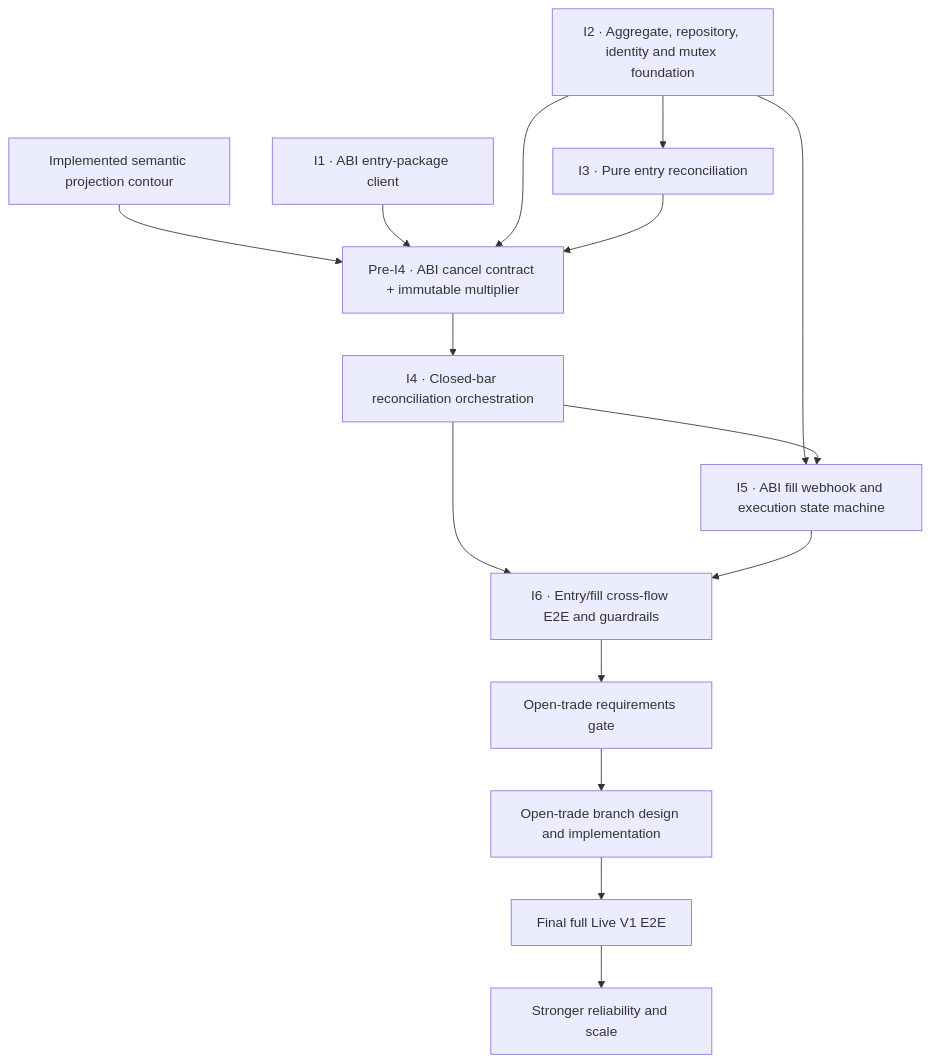
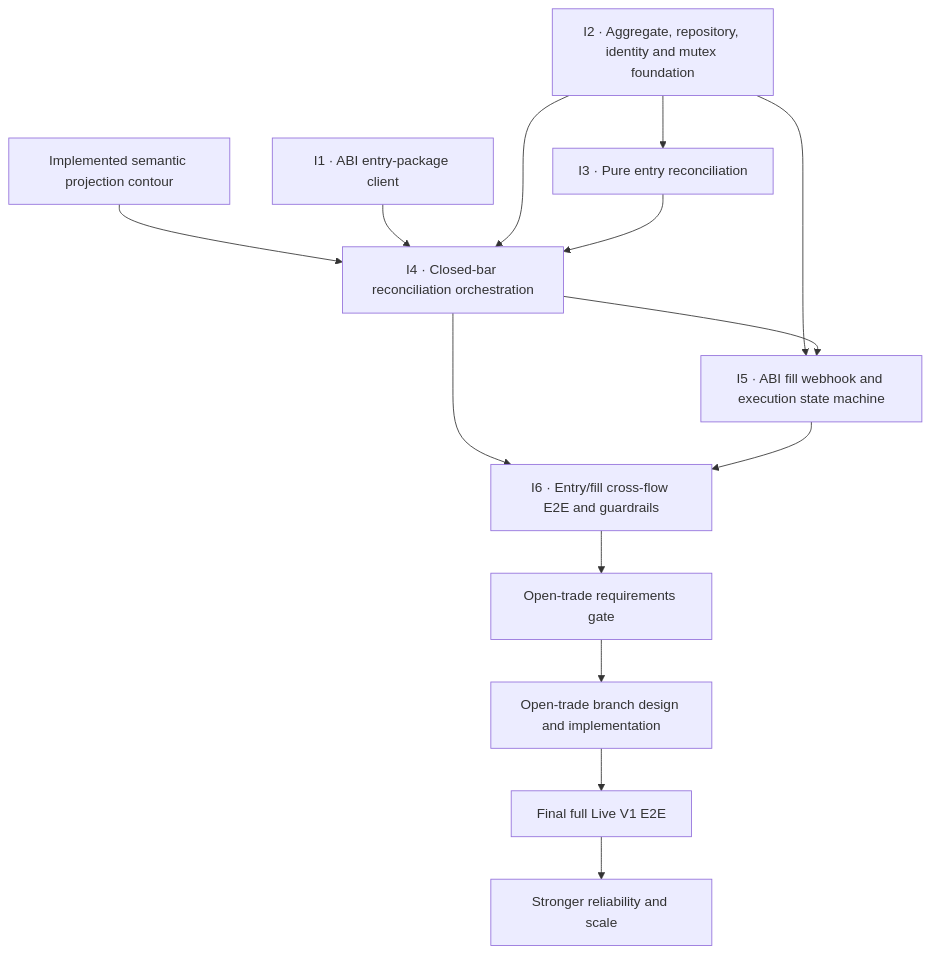
One commit to roman-vyl/strategy_runtime changed the diagram in docs/system-plans/runtime-abi-entry-delivery-map.md. Above: the diagram before and after it, drawn with Mermaid. The commit also changed other lines of this file and 7 other files, not shown here.

````diff
--- a/docs/system-plans/runtime-abi-entry-delivery-map.md
+++ b/docs/system-plans/runtime-abi-entry-delivery-map.md
@@ -25,30 +25,28 @@
 ```mermaid
 flowchart TD
     CURRENT["Implemented semantic projection contour"]
     I1["I1 · ABI entry-package client"]
     I2["I2 · Aggregate, repository, identity and mutex foundation"]
     I3["I3 · Pure entry reconciliation"]
-    P0["Pre-I4 · ABI cancel contract + immutable multiplier"]
     I4["I4 · Closed-bar reconciliation orchestration"]
     I5["I5 · ABI fill webhook and execution state machine"]
     I6["I6 · Entry/fill cross-flow E2E and guardrails"]
     OPEN_GATE["Open-trade requirements gate"]
     OPEN_IMPL["Open-trade branch design and implementation"]
     FINAL["Final full Live V1 E2E"]
     FUTURE["Stronger reliability and scale"]
 
-    CURRENT --> P0
-    I1 --> P0
+    CURRENT --> I4
+    I1 --> I4
     I2 --> I3
-    I2 --> P0
+    I2 --> I4
     I2 --> I5
-    I3 --> P0
-    P0 --> I4
+    I3 --> I4
     I4 --> I5
     I4 --> I6
     I5 --> I6
     I6 --> OPEN_GATE
     OPEN_GATE --> OPEN_IMPL
     OPEN_IMPL --> FINAL
     FINAL --> FUTURE
 ```
````
